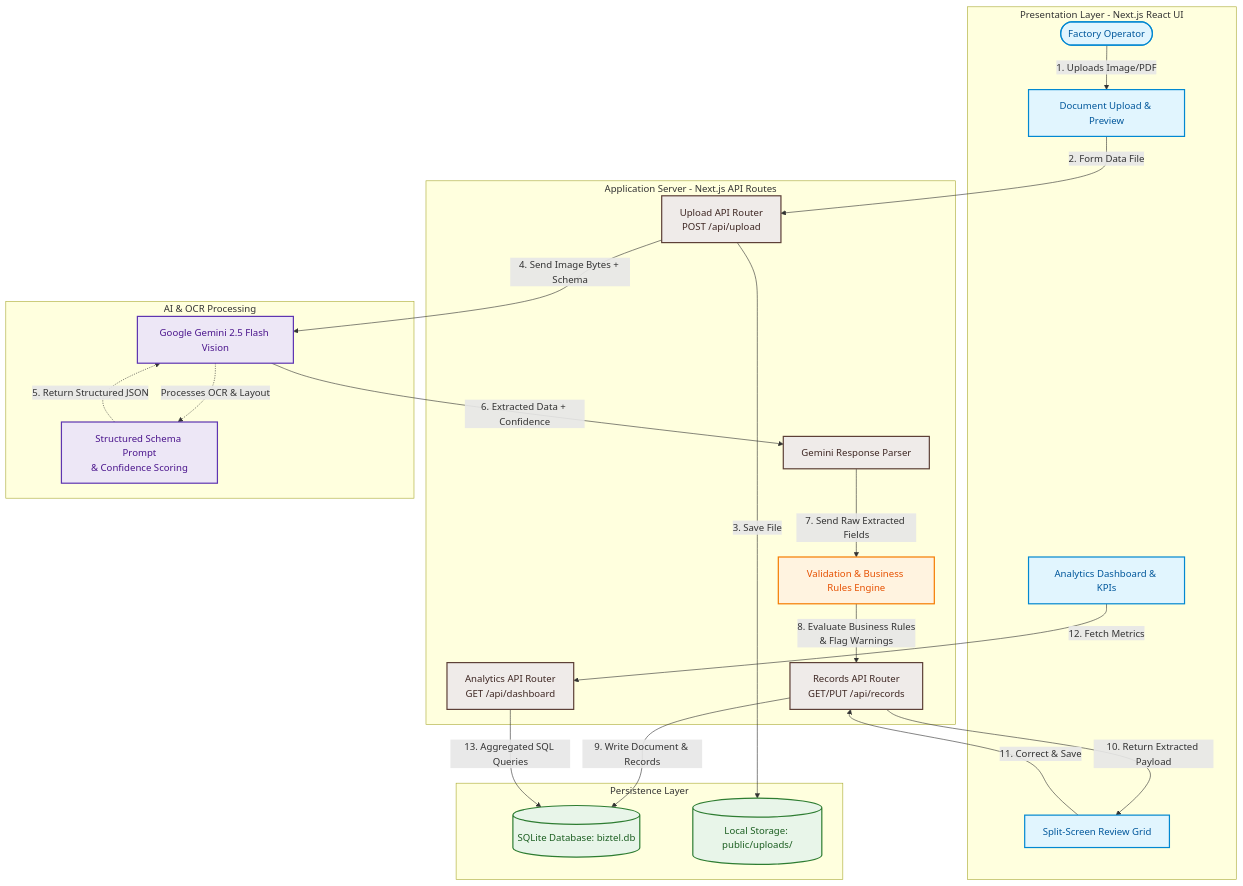
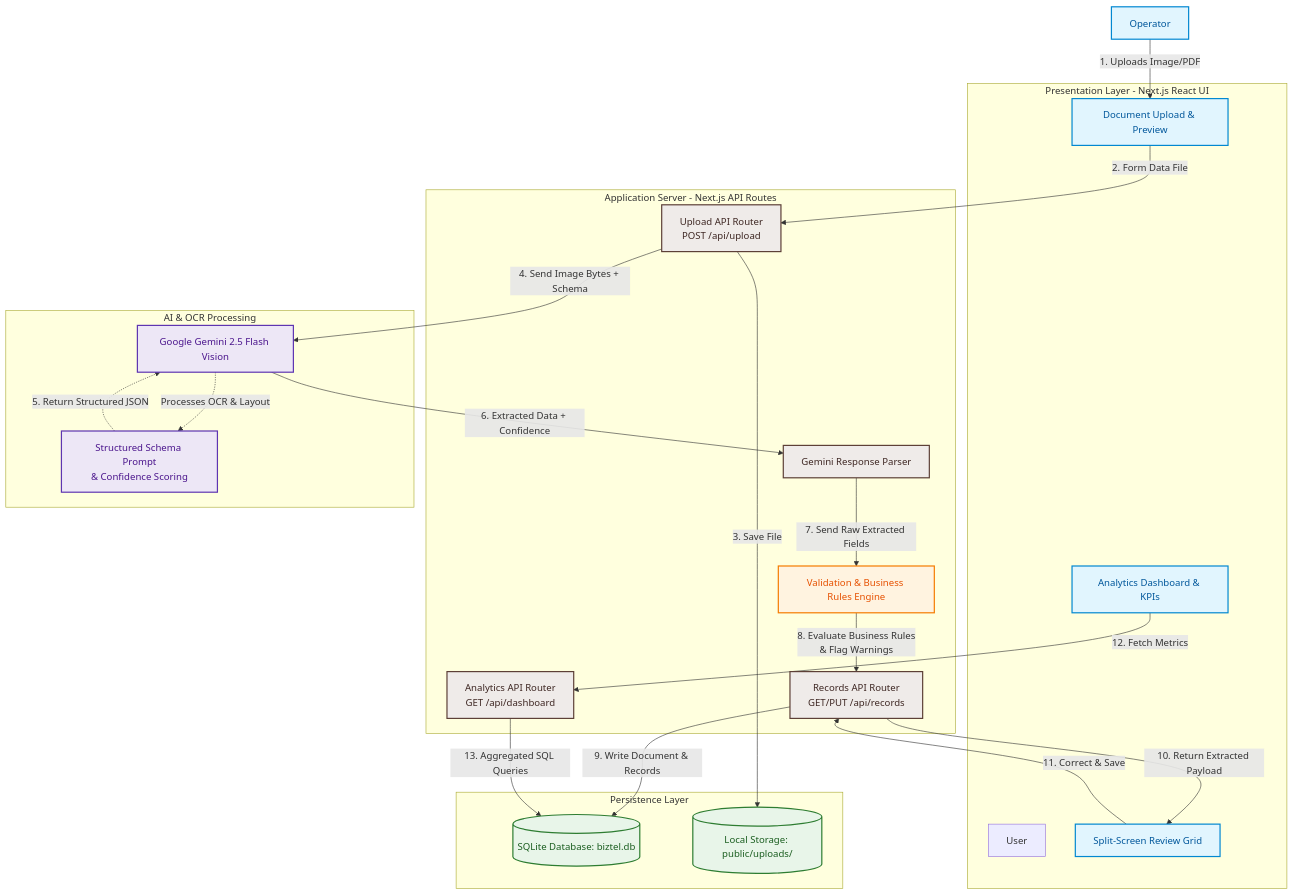
One commit to nanthitha25/biztelai changed the first of 8 diagrams in README.md. Above: the diagram before and after it, drawn with Mermaid.

Commit message:
Fix formatting in README for Client layer diagram

````diff
--- a/README.md
+++ b/README.md
@@ -45,67 +45,67 @@
 ```mermaid
 graph TB
     %% Styling definitions
     classDef client fill:#e1f5fe,stroke:#0288d1,stroke-width:2px,color:#01579b;
     classDef server fill:#efebe9,stroke:#5d4037,stroke-width:2px,color:#3e2723;
     classDef ai fill:#ede7f6,stroke:#5e35b1,stroke-width:2px,color:#4a148c;
     classDef db fill:#e8f5e9,stroke:#2e7d32,stroke-width:2px,color:#1b5e20;
     classDef val fill:#fff3e0,stroke:#f57c00,stroke-width:2px,color:#e65100;
 
     %% Client / Presentation Layer
     subgraph Client [Presentation Layer - Next.js React UI]
-        Operator([Factory Operator])
+        User
         UploadView[Document Upload & Preview]
         ReviewGrid[Split-Screen Review Grid]
         DashboardView[Analytics Dashboard & KPIs]
     end
 
     %% Application Server
     subgraph Backend [Application Server - Next.js API Routes]
         UploadAPI[Upload API Router<br>POST /api/upload]
         RecordsAPI[Records API Router<br>GET/PUT /api/records]
         AnalyticsAPI[Analytics API Router<br>GET /api/dashboard]
         
         Parser[Gemini Response Parser]
         ValEngine[Validation & Business Rules Engine]
     end
 
     %% AI / LLM Processing
     subgraph AI [AI & OCR Processing]
         Gemini[Google Gemini 2.5 Flash Vision]
         SysPrompt[Structured Schema Prompt<br>& Confidence Scoring]
     end
 
     %% Data Storage
     subgraph Storage [Persistence Layer]
         SQLite[(SQLite Database: biztel.db)]
         UploadsFolder[(Local Storage: public/uploads/)]
     end
 
     %% Connections & Flow
     Operator -->|1. Uploads Image/PDF| UploadView
     UploadView -->|2. Form Data File| UploadAPI
     UploadAPI -->|3. Save File| UploadsFolder
     UploadAPI -->|4. Send Image Bytes + Schema| Gemini
     Gemini -.->|Processes OCR & Layout| SysPrompt
     SysPrompt -.->|5. Return Structured JSON| Gemini
     Gemini -->|6. Extracted Data + Confidence| Parser
     
     Parser -->|7. Send Raw Extracted Fields| ValEngine
     ValEngine -->|8. Evaluate Business Rules<br>& Flag Warnings| RecordsAPI
     
     RecordsAPI -->|9. Write Document & Records| SQLite
     RecordsAPI -->|10. Return Extracted Payload| ReviewGrid
     
     ReviewGrid -->|11. Correct & Save| RecordsAPI
     
     DashboardView -->|12. Fetch Metrics| AnalyticsAPI
     AnalyticsAPI -->|13. Aggregated SQL Queries| SQLite
 
     %% Apply Classes
     class Operator,UploadView,ReviewGrid,DashboardView client;
     class UploadAPI,RecordsAPI,AnalyticsAPI,Parser server;
     class Gemini,SysPrompt ai;
     class SQLite,UploadsFolder db;
     class ValEngine val;
 
 ```
````
